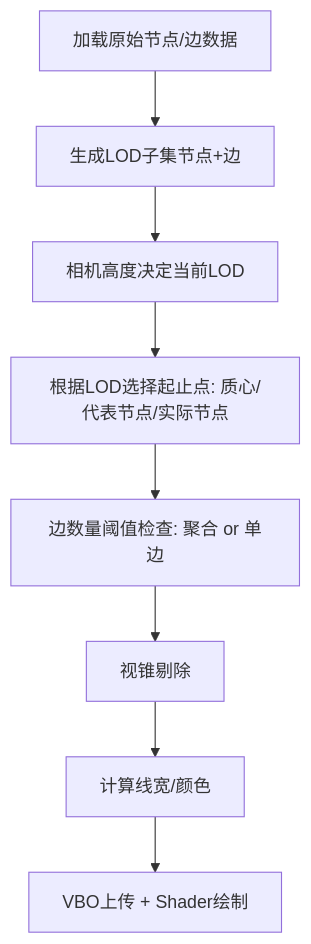
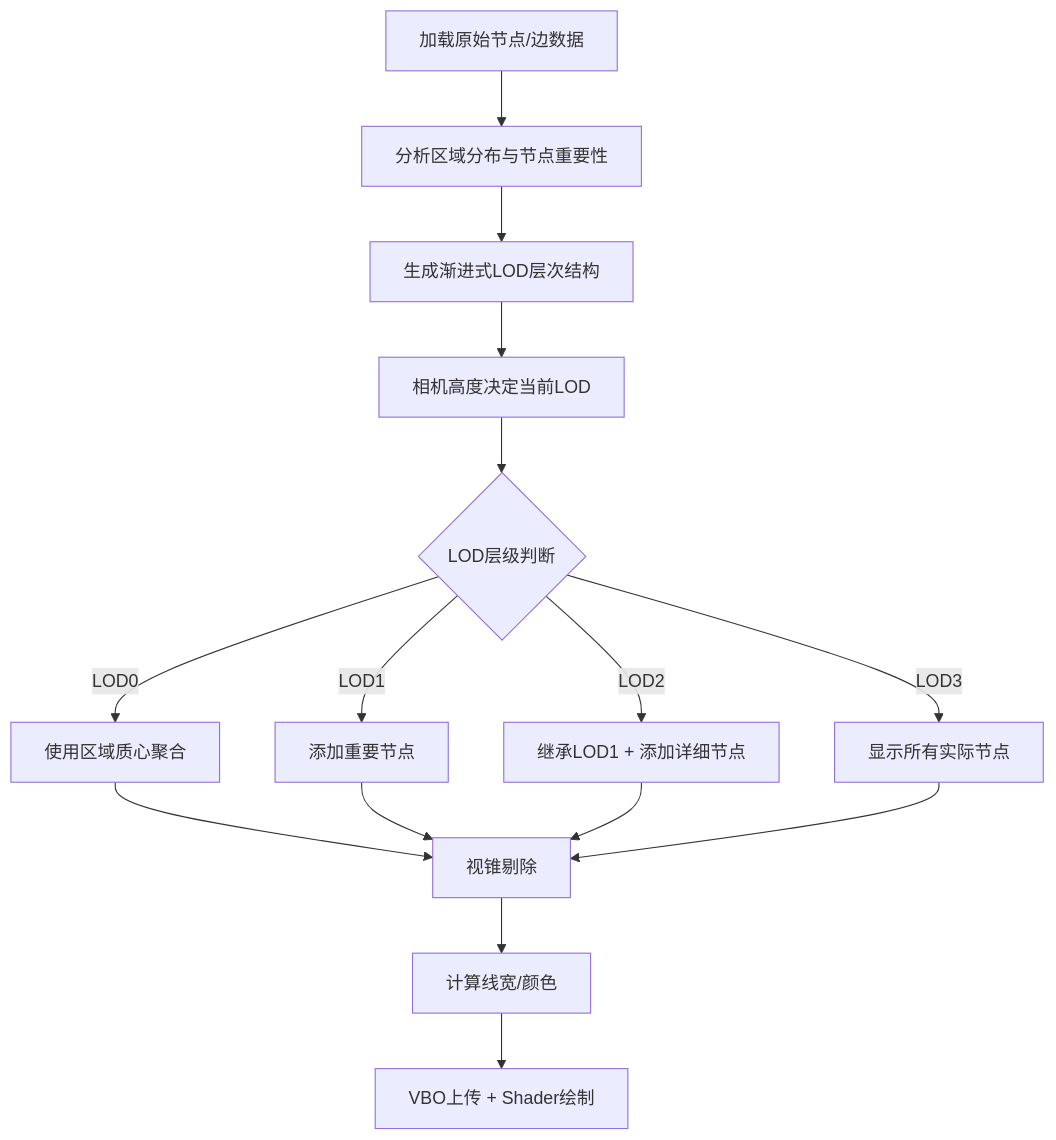
Before and after one commit to junjiangyue/vis-on-earth-qt-osg: the diagram in 三维图布局系统改进方案v2.md, drawn with Mermaid. The commit also changed other lines of this file and 3 other files, not shown here.

````diff
--- a/三维图布局系统改进方案v2.md
+++ b/三维图布局系统改进方案v2.md
@@ -97,11 +179,18 @@
 ```mermaid
 flowchart TD
     A[加载原始节点/边数据]
-    A --> B[生成LOD子集节点+边]
-    B --> C[相机高度决定当前LOD]
-    C --> D[根据LOD选择起止点: 质心/代表节点/实际节点]
-    D --> E[边数量阈值检查: 聚合 or 单边]
-    E --> F[视锥剔除]
-    F --> G[计算线宽/颜色]
-    G --> H[VBO上传 + Shader绘制]
+    A --> B[分析区域分布与节点重要性]
+    B --> C[生成渐进式LOD层次结构]
+    C --> D[相机高度决定当前LOD]
+    D --> E{LOD层级判断}
+    E -->|LOD0| F[使用区域质心聚合]
+    E -->|LOD1| G[添加重要节点]
+    E -->|LOD2| H[继承LOD1 + 添加详细节点]
+    E -->|LOD3| I[显示所有实际节点]
+    F --> J[视锥剔除]
+    G --> J
+    H --> J
+    I --> J
+    J --> K[计算线宽/颜色]
+    K --> L[VBO上传 + Shader绘制]
 ```
````
